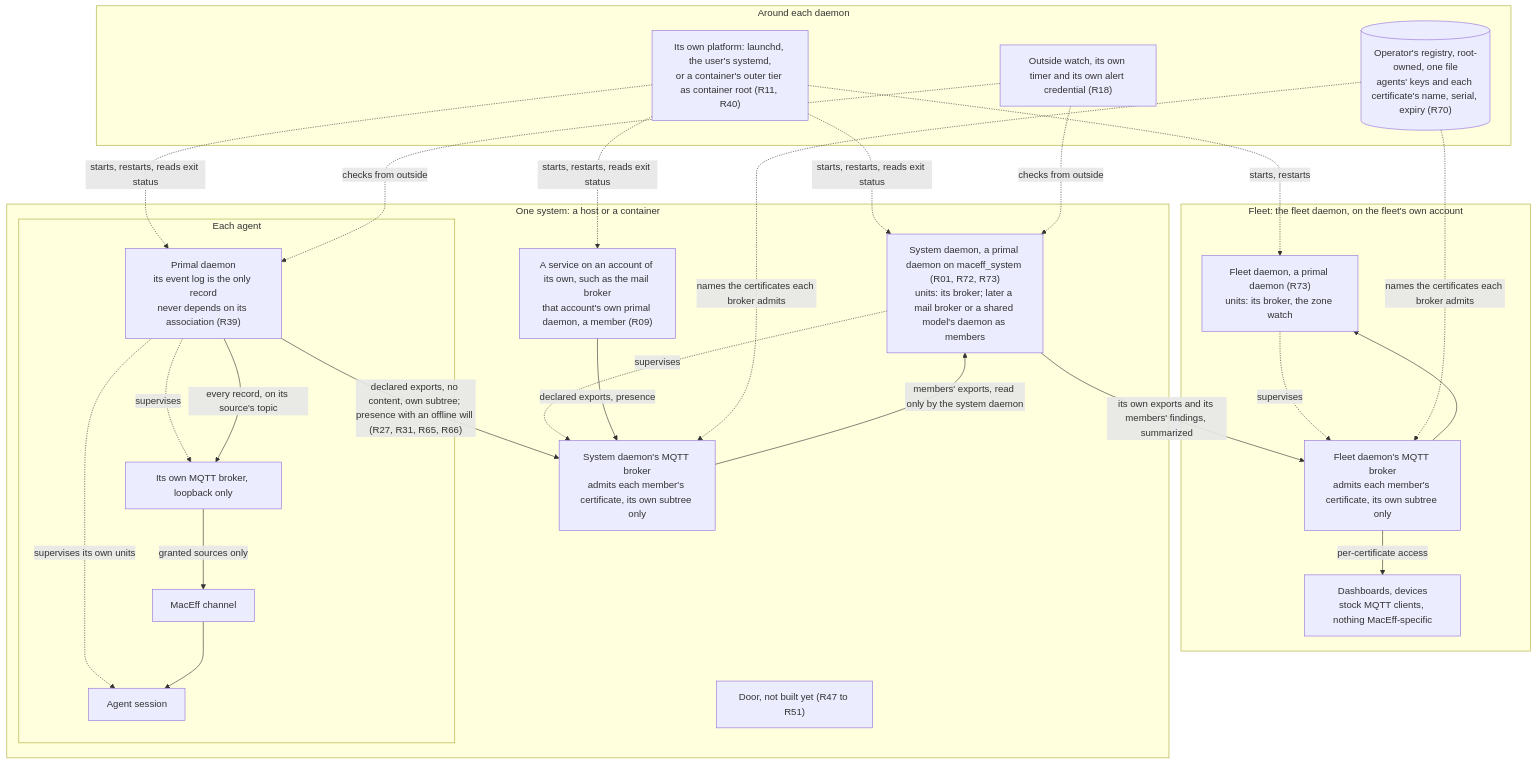
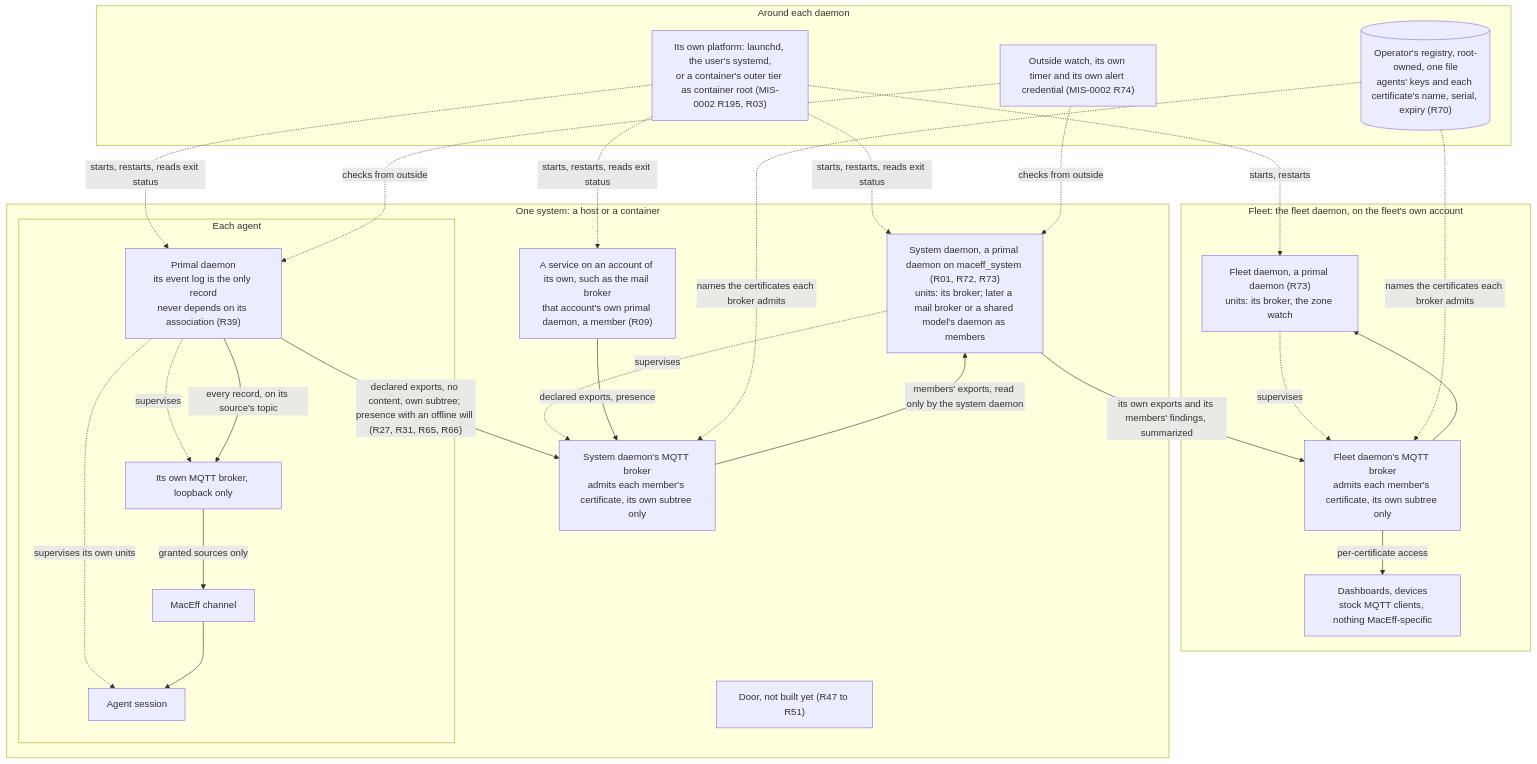
Before and after one commit to cversek/MacEff: the diagram in framework/mis/MIS-0007-system-daemon.md, drawn with Mermaid. The commit also changed other lines of this file, not shown here.

First line of the commit message:
mis(0007): the recursion and the System Daemon in full; the Fleet Daemon named (revision)

````diff
--- a/framework/mis/MIS-0007-system-daemon.md
+++ b/framework/mis/MIS-0007-system-daemon.md
@@ -90,50 +92,50 @@
 ```mermaid
 flowchart TB
   subgraph FLEETSIDE["Fleet: the fleet daemon, on the fleet's own account"]
     FD["Fleet daemon, a primal daemon (R73)<br/>units: its broker, the zone watch"]
     FB["Fleet daemon's MQTT broker<br/>admits each member's certificate, its own subtree only"]
     TOOLS["Dashboards, devices<br/>stock MQTT clients, nothing MacEff-specific"]
   end
 
   subgraph AROUND["Around each daemon"]
-    PLAT["Its own platform: launchd, the user's systemd,<br/>or a container's outer tier as container root (R11, R40)"]
-    WATCH["Outside watch, its own timer and its own alert credential (R18)"]
+    PLAT["Its own platform: launchd, the user's systemd,<br/>or a container's outer tier as container root (MIS-0002 R195, R03)"]
+    WATCH["Outside watch, its own timer and its own alert credential (MIS-0002 R74)"]
     REG[("Operator's registry, root-owned, one file<br/>agents' keys and each certificate's name, serial, expiry (R70)")]
   end
 
   subgraph SYS["One system: a host or a container"]
     SD["System daemon, a primal daemon on maceff_system (R01, R72, R73)<br/>units: its broker; later a mail broker or a shared model's daemon as members"]
     SB["System daemon's MQTT broker<br/>admits each member's certificate, its own subtree only"]
     subgraph AGENT["Each agent"]
       PD["Primal daemon<br/>its event log is the only record<br/>never depends on its association (R39)"]
       PB["Its own MQTT broker, loopback only"]
       CH["MacEff channel"]
       SES["Agent session"]
     end
     SVC["A service on an account of its own, such as the mail broker<br/>that account's own primal daemon, a member (R09)"]
     DOOR["Door, not built yet (R47 to R51)"]
   end
 
   PLAT -. "starts, restarts, reads exit status" .-> SD
   PLAT -. "starts, restarts, reads exit status" .-> PD
   PLAT -. "starts, restarts, reads exit status" .-> SVC
   PLAT -. "starts, restarts" .-> FD
   WATCH -. "checks from outside" .-> SD
   WATCH -. "checks from outside" .-> PD
   PD -. "supervises its own units" .-> SES
   PD -. "supervises" .-> PB
   SD -. "supervises" .-> SB
   FD -. "supervises" .-> FB
 
   PD -- "every record, on its source's topic" --> PB
   PB -- "granted sources only" --> CH
   CH --> SES
   PD -- "declared exports, no content, own subtree; presence with an offline will (R27, R31, R65, R66)" --> SB
   SVC -- "declared exports, presence" --> SB
   SB -- "members' exports, read only by the system daemon" --> SD
   SD -- "its own exports and its members' findings, summarized" --> FB
   FB --> FD
   FB -- "per-certificate access" --> TOOLS
   REG -. "names the certificates each broker admits" .-> FB
   REG -. "names the certificates each broker admits" .-> SB
 ```
````
